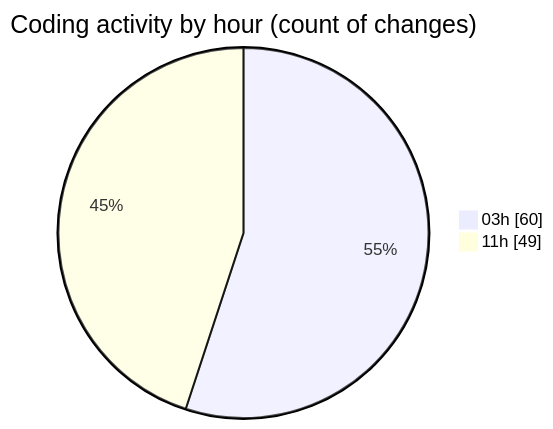
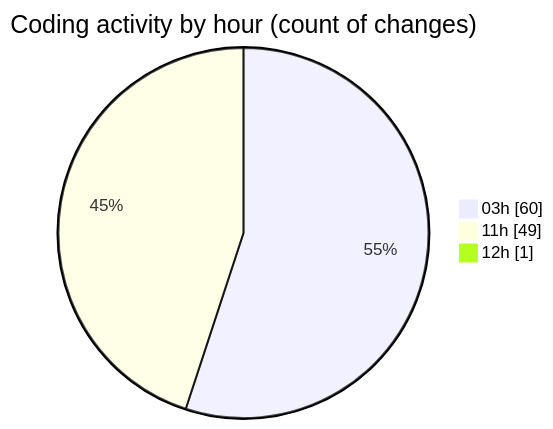
Before and after one commit to Ritupan-Deka/code-tracking: the second of 2 diagrams in 2025-07-02/mern-thinkboard/README.md, drawn with Mermaid. The commit also changed other lines of this file and 1 other file, not shown here.

````diff
--- a/2025-07-02/mern-thinkboard/README.md
+++ b/2025-07-02/mern-thinkboard/README.md
@@ -32,6 +33,7 @@
 ```mermaid
 pie showData
 title Coding activity by hour (count of changes)
 "03h" : 60
 "11h" : 49
+"12h" : 1
 ```
````
